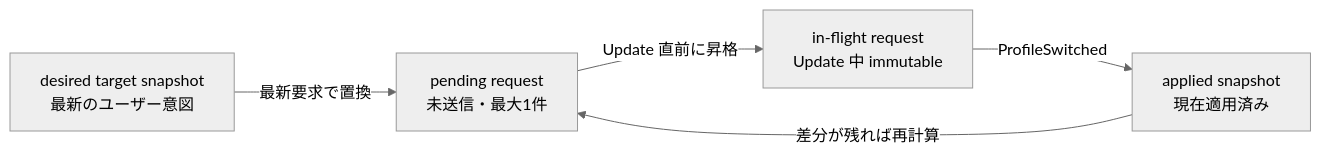
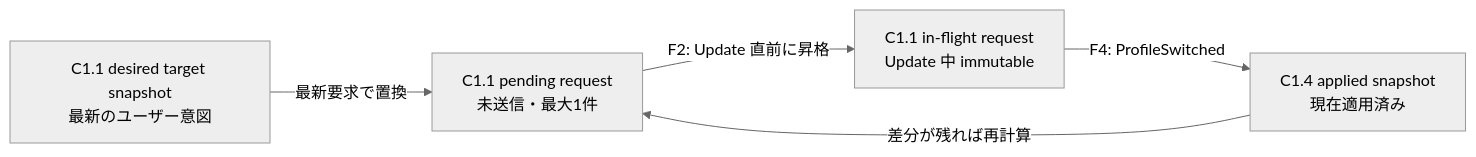
One commit to ibis-ssl/Duck changed the ninth of 11 diagrams in Tracker/Design/Core/tracker-architecture-plan.md. Above: the diagram before and after it, drawn with Mermaid (neutral theme). The commit also changed other lines of this file, not shown here.

Commit message:
docs(tracker): 全体フローと詳細図の対応を明示する

````diff
--- a/Tracker/Design/Core/tracker-architecture-plan.md
+++ b/Tracker/Design/Core/tracker-architecture-plan.md
@@ -291,12 +381,12 @@
 ```mermaid
 flowchart LR
-    Desired["desired target snapshot<br/>最新のユーザー意図"]
-    Pending["pending request<br/>未送信・最大1件"]
-    InFlight["in-flight request<br/>Update 中 immutable"]
-    Applied["applied snapshot<br/>現在適用済み"]
+    Desired["C1.1 desired target snapshot<br/>最新のユーザー意図"]
+    Pending["C1.1 pending request<br/>未送信・最大1件"]
+    InFlight["C1.1 in-flight request<br/>Update 中 immutable"]
+    Applied["C1.4 applied snapshot<br/>現在適用済み"]
 
     Desired -->|"最新要求で置換"| Pending
-    Pending -->|"Update 直前に昇格"| InFlight
-    InFlight -->|"ProfileSwitched"| Applied
+    Pending -->|"F2: Update 直前に昇格"| InFlight
+    InFlight -->|"F4: ProfileSwitched"| Applied
     Applied -->|"差分が残れば再計算"| Pending
 ```
````
